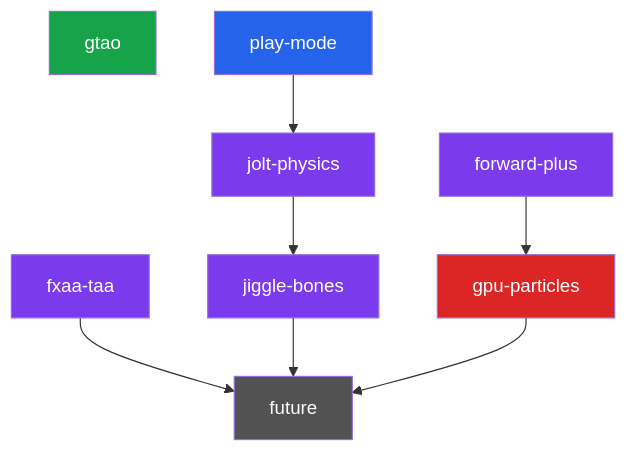
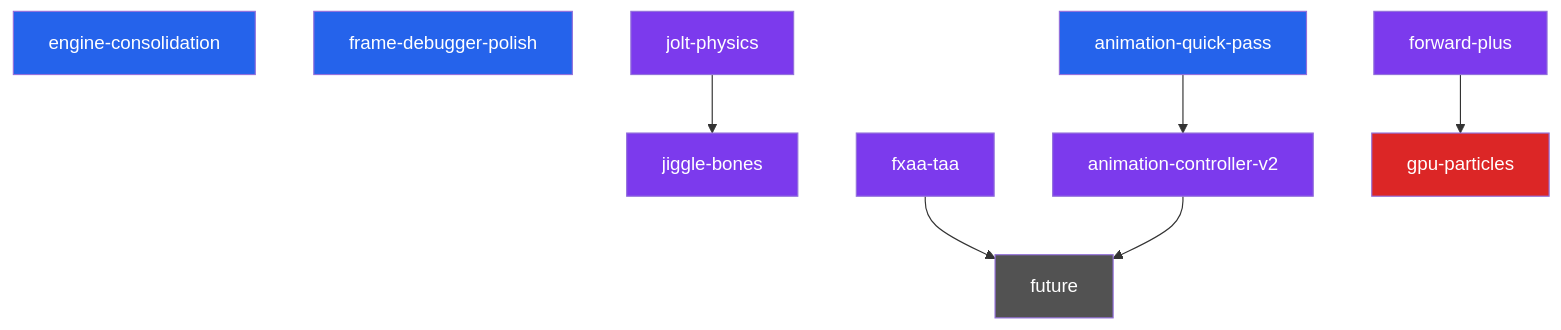
Before and after one commit to Hekbas/Luth: the diagram in docs/development/BACKLOG.md, drawn with Mermaid. The commit also changed other lines of this file, not shown here.

First line of the commit message:
docs(backlog): refresh execution order + add polish/quick-pass entries

````diff
--- a/docs/development/BACKLOG.md
+++ b/docs/development/BACKLOG.md
@@ -29,27 +34,30 @@
 ```mermaid
 graph TD
-    gtao["gtao"]
-    play["play-mode"]
+    consol["engine-consolidation"]
+    fdp["frame-debugger-polish"]
+    aqp["animation-quick-pass"]
     jolt["jolt-physics"]
     jiggle["jiggle-bones"]
     forward["forward-plus"]
     fxaa["fxaa-taa"]
+    av2["animation-controller-v2"]
     particles["gpu-particles"]
     future["future"]
 
-    play --> jolt
+    aqp --> av2
+    forward --> particles
     jolt --> jiggle
-    forward --> particles
     fxaa --> future
-    jiggle --> future
-    particles --> future
+    av2 --> future
 
-    style gtao fill:#16a34a,color:#fff
-    style play fill:#2563eb,color:#fff
+    style consol fill:#2563eb,color:#fff
+    style fdp fill:#2563eb,color:#fff
+    style aqp fill:#2563eb,color:#fff
     style jolt fill:#7c3aed,color:#fff
     style jiggle fill:#7c3aed,color:#fff
     style forward fill:#7c3aed,color:#fff
     style fxaa fill:#7c3aed,color:#fff
+    style av2 fill:#7c3aed,color:#fff
     style particles fill:#dc2626,color:#fff
     style future fill:#525252,color:#fff
 ```
````
